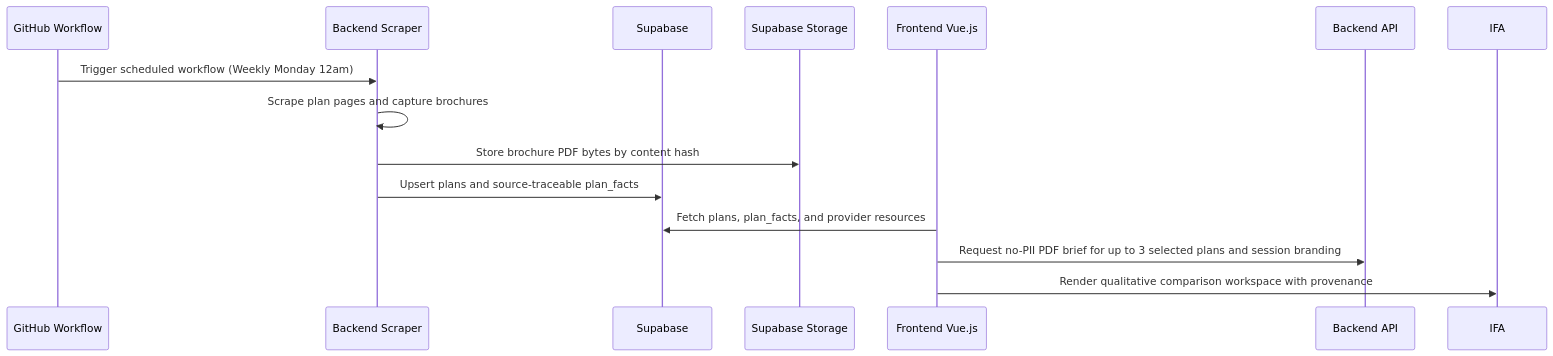
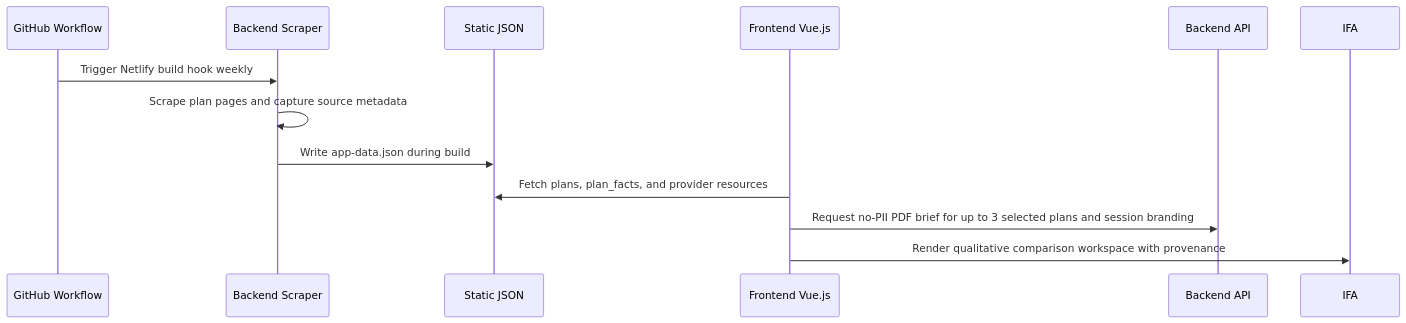
Before and after one commit to gongahkia/be-sure-ance: the first of 2 diagrams in README.md, drawn with Mermaid. The commit also changed other lines of this file and 120 other files, not shown here.

````diff
--- a/README.md
+++ b/README.md
@@ -182,18 +171,16 @@
 ```mermaid
 sequenceDiagram
     participant GitHub Workflow
     participant Backend Scraper
-    participant Supabase
-    participant Supabase Storage
+    participant Static JSON
     participant Frontend Vue.js
     participant Backend API
     participant IFA
 
-    GitHub Workflow->>Backend Scraper: Trigger scheduled workflow (Weekly Monday 12am)
-    Backend Scraper->>Backend Scraper: Scrape plan pages and capture brochures
-    Backend Scraper->>Supabase Storage: Store brochure PDF bytes by content hash
-    Backend Scraper->>Supabase: Upsert plans and source-traceable plan_facts
-    Frontend Vue.js->>Supabase: Fetch plans, plan_facts, and provider resources
+    GitHub Workflow->>Backend Scraper: Trigger Netlify build hook weekly
+    Backend Scraper->>Backend Scraper: Scrape plan pages and capture source metadata
+    Backend Scraper->>Static JSON: Write app-data.json during build
+    Frontend Vue.js->>Static JSON: Fetch plans, plan_facts, and provider resources
     Frontend Vue.js->>Backend API: Request no-PII PDF brief for up to 3 selected plans and session branding
     Frontend Vue.js->>IFA: Render qualitative comparison workspace with provenance
 ```
````
